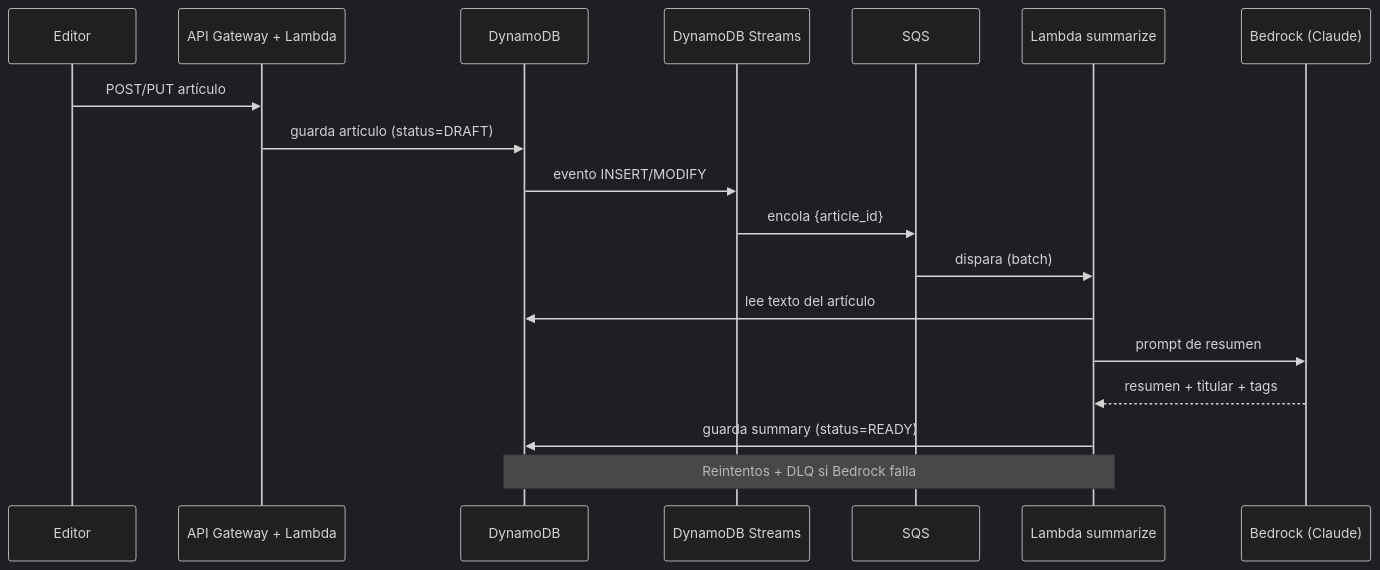
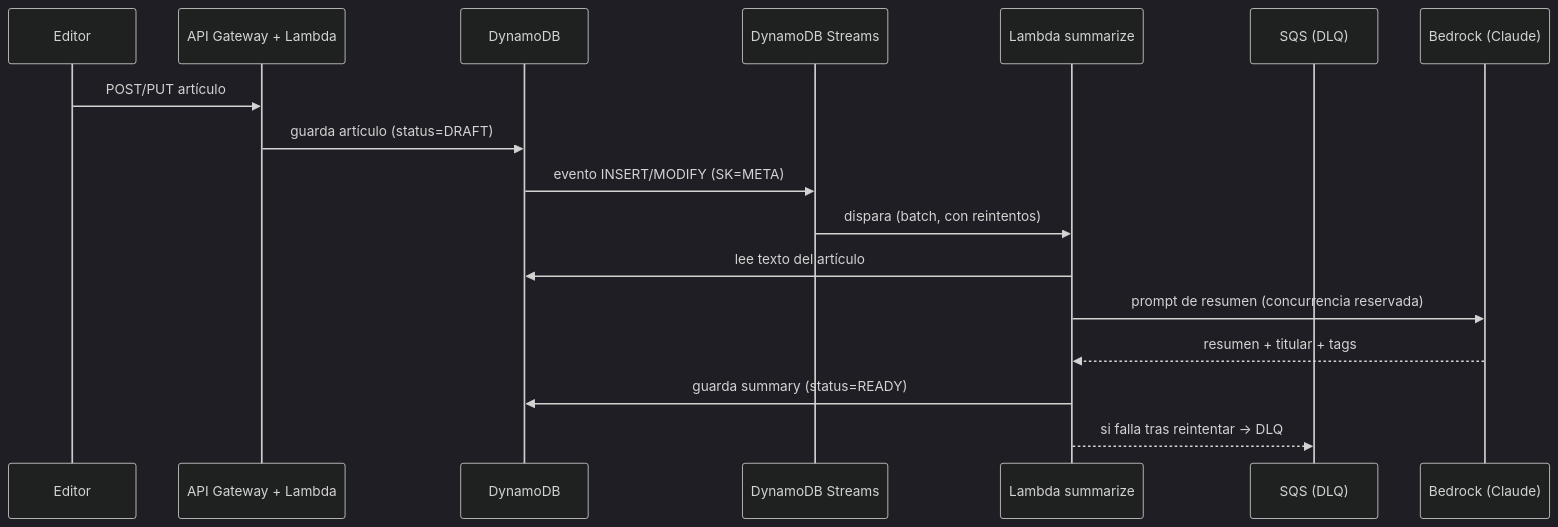
The first of 2 diagrams in docs/diagrams/arquitectura-ia.md (JMMAILabs/NewsNow), drawn with Mermaid (dark theme) before and after one commit. The commit also changed other lines of this file and 14 other files, not shown here.

````diff
--- a/docs/diagrams/arquitectura-ia.md
+++ b/docs/diagrams/arquitectura-ia.md
@@ -10,21 +10,20 @@
 ```mermaid
 sequenceDiagram
     participant Editor
     participant API as API Gateway + Lambda
     participant DDB as DynamoDB
     participant Stream as DynamoDB Streams
-    participant SQS as SQS
     participant L as Lambda summarize
+    participant DLQ as SQS (DLQ)
     participant BR as Bedrock (Claude)
 
     Editor->>API: POST/PUT artículo
     API->>DDB: guarda artículo (status=DRAFT)
-    DDB->>Stream: evento INSERT/MODIFY
-    Stream->>SQS: encola {article_id}
-    SQS->>L: dispara (batch)
+    DDB->>Stream: evento INSERT/MODIFY (SK=META)
+    Stream->>L: dispara (batch, con reintentos)
     L->>DDB: lee texto del artículo
-    L->>BR: prompt de resumen
+    L->>BR: prompt de resumen (concurrencia reservada)
     BR-->>L: resumen + titular + tags
     L->>DDB: guarda summary (status=READY)
-    Note over L,DDB: Reintentos + DLQ si Bedrock falla
+    L-->>DLQ: si falla tras reintentar → DLQ
 ```
````
